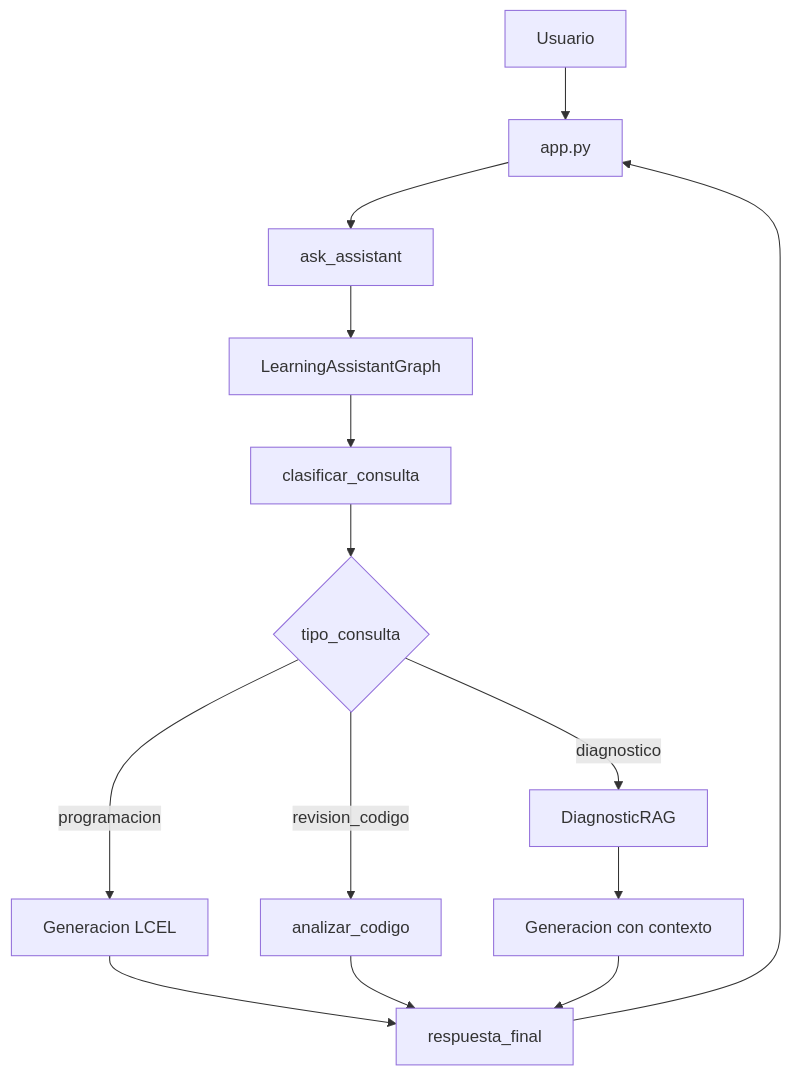
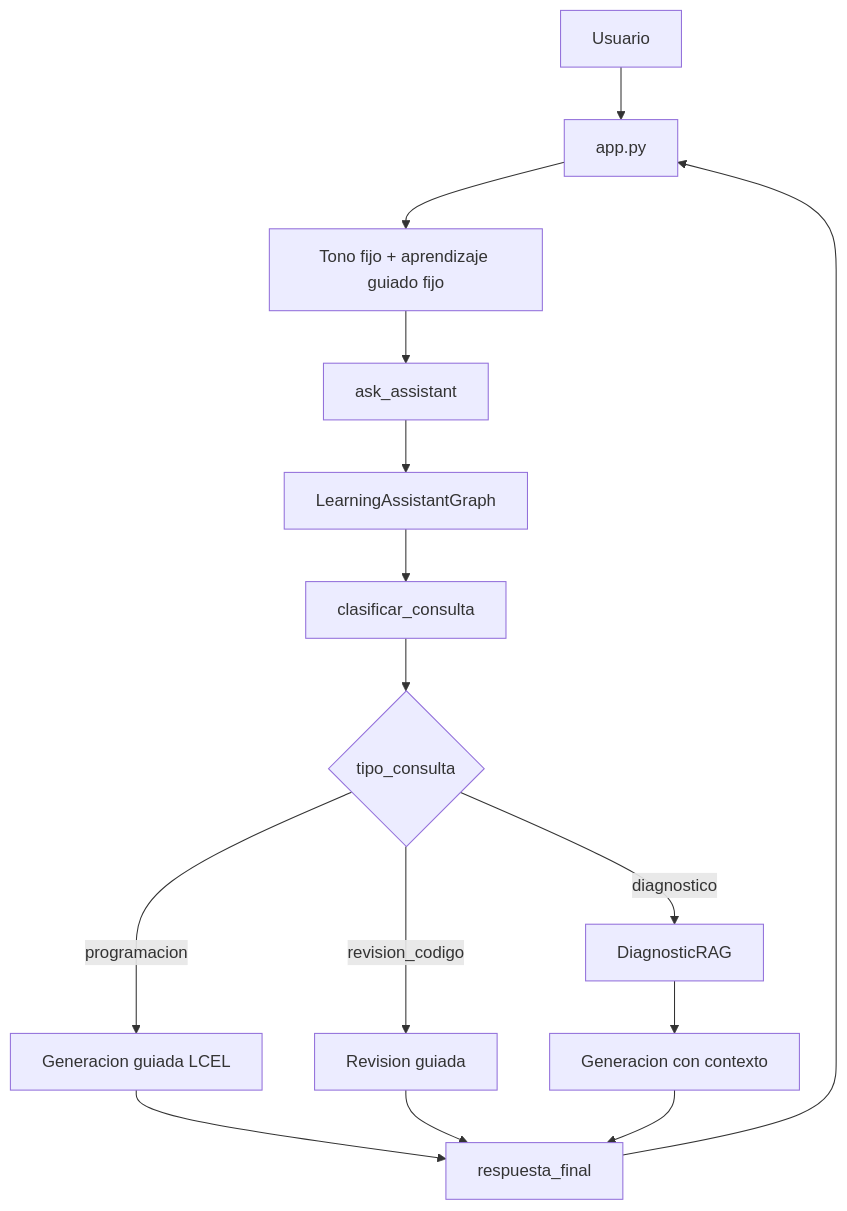
The diagram in Documentacion/DOCUMENTACION_CODIGO.md (jose6668/IA-Lanchaing), drawn with Mermaid before and after one commit. The commit also changed other lines of this file and 10 other files, not shown here.

Commit message:
Implementa HU-004 con aprendizaje guiado y estilo visual

````diff
--- a/Documentacion/DOCUMENTACION_CODIGO.md
+++ b/Documentacion/DOCUMENTACION_CODIGO.md
@@ -226,16 +274,17 @@
 ```mermaid
 flowchart TD
     U[Usuario] --> APP[app.py]
-    APP --> UI[ask_assistant]
+    APP --> CONST[Tono fijo + aprendizaje guiado fijo]
+    CONST --> UI[ask_assistant]
     UI --> GRAPH[LearningAssistantGraph]
     GRAPH --> CLAS[clasificar_consulta]
     CLAS --> TIPO{tipo_consulta}
     TIPO -->|diagnostico| RAG[DiagnosticRAG]
-    TIPO -->|programacion| GEN[Generacion LCEL]
-    TIPO -->|revision_codigo| CODE[analizar_codigo]
+    TIPO -->|programacion| GEN[Generacion guiada LCEL]
+    TIPO -->|revision_codigo| CODE[Revision guiada]
     RAG --> GEN_DIAG[Generacion con contexto]
     GEN --> FINAL[respuesta_final]
     CODE --> FINAL
     GEN_DIAG --> FINAL
     FINAL --> APP
 ```
````
